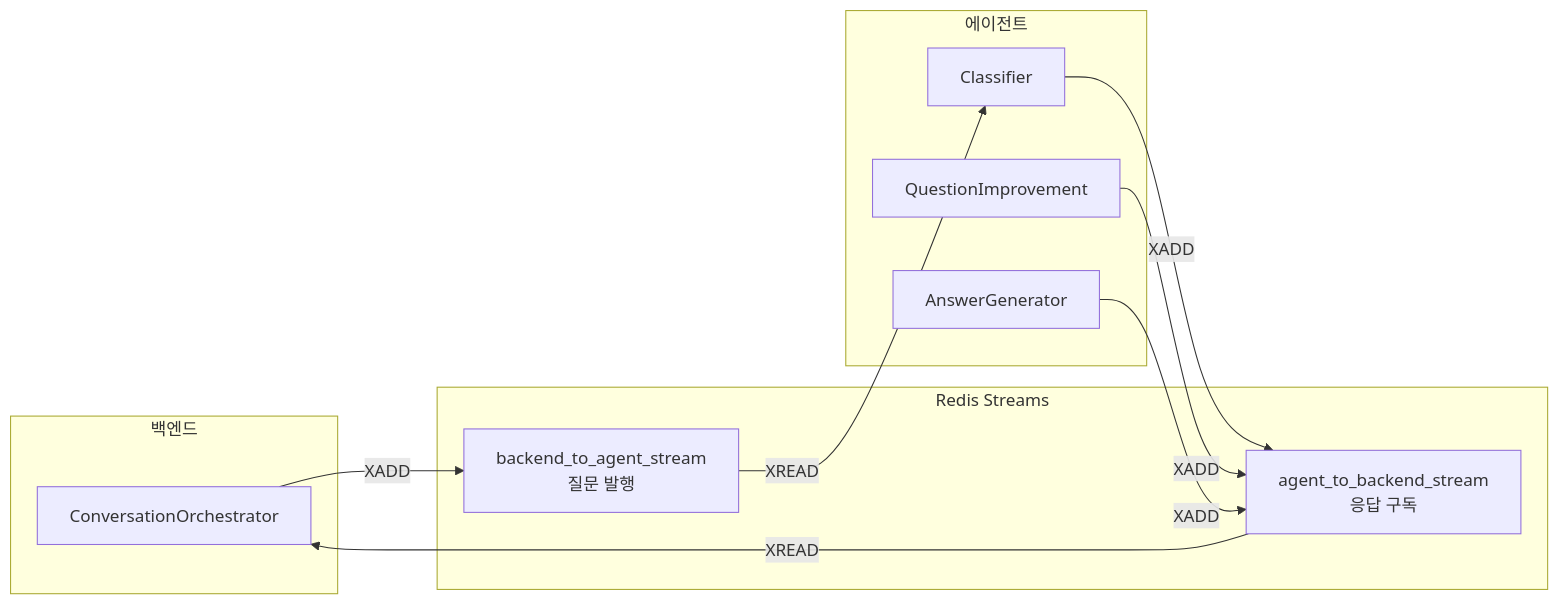
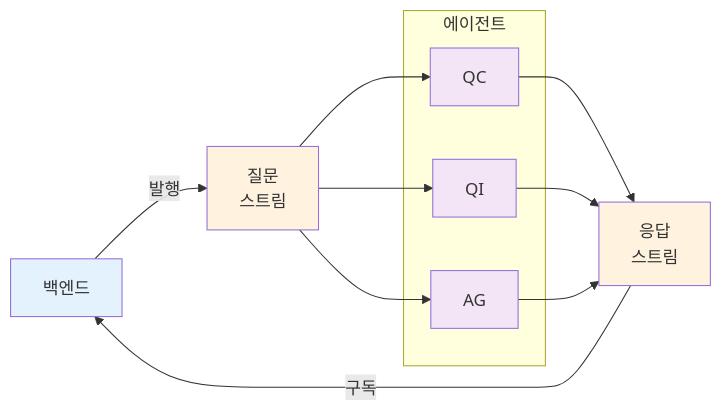
One commit to KimKyuBong/maice-paper-deploy changed the sixth of 16 diagrams in docs/chapters/04-system-implementation.md. Above: the diagram before and after it, drawn with Mermaid. The commit also changed other lines of this file and 79 other files, not shown here.

````diff
--- a/docs/chapters/04-system-implementation.md
+++ b/docs/chapters/04-system-implementation.md
@@ -303,25 +291,29 @@
 ```mermaid
-graph LR
-    subgraph "백엔드"
-        B[ConversationOrchestrator]
+flowchart LR
+    B[백엔드]
+    S1[질문<br/>스트림]
+    S2[응답<br/>스트림]
+    
+    subgraph agents[에이전트]
+        A1[QC]
+        A2[QI]
+        A3[AG]
     end
     
-    subgraph "Redis Streams"
-        S1[backend_to_agent_stream<br/>질문 발행]
-        S2[agent_to_backend_stream<br/>응답 구독]
-    end
+    B -->|발행| S1
+    S1 --> A1
+    S1 --> A2
+    S1 --> A3
     
-    subgraph "에이전트"
-        A1[Classifier]
-        A2[QuestionImprovement]
-        A3[AnswerGenerator]
-    end
+    A1 --> S2
+    A2 --> S2
+    A3 --> S2
+    S2 -->|구독| B
     
-    B -->|XADD| S1
-    S1 -->|XREAD| A1
-    A1 -->|XADD| S2
-    S2 -->|XREAD| B
-    
-    A2 -->|XADD| S2
-    A3 -->|XADD| S2
+    style B fill:#E3F2FD
+    style S1 fill:#FFF3E0
+    style S2 fill:#FFF3E0
+    style A1 fill:#F3E5F5
+    style A2 fill:#F3E5F5
+    style A3 fill:#F3E5F5
 ```
````
